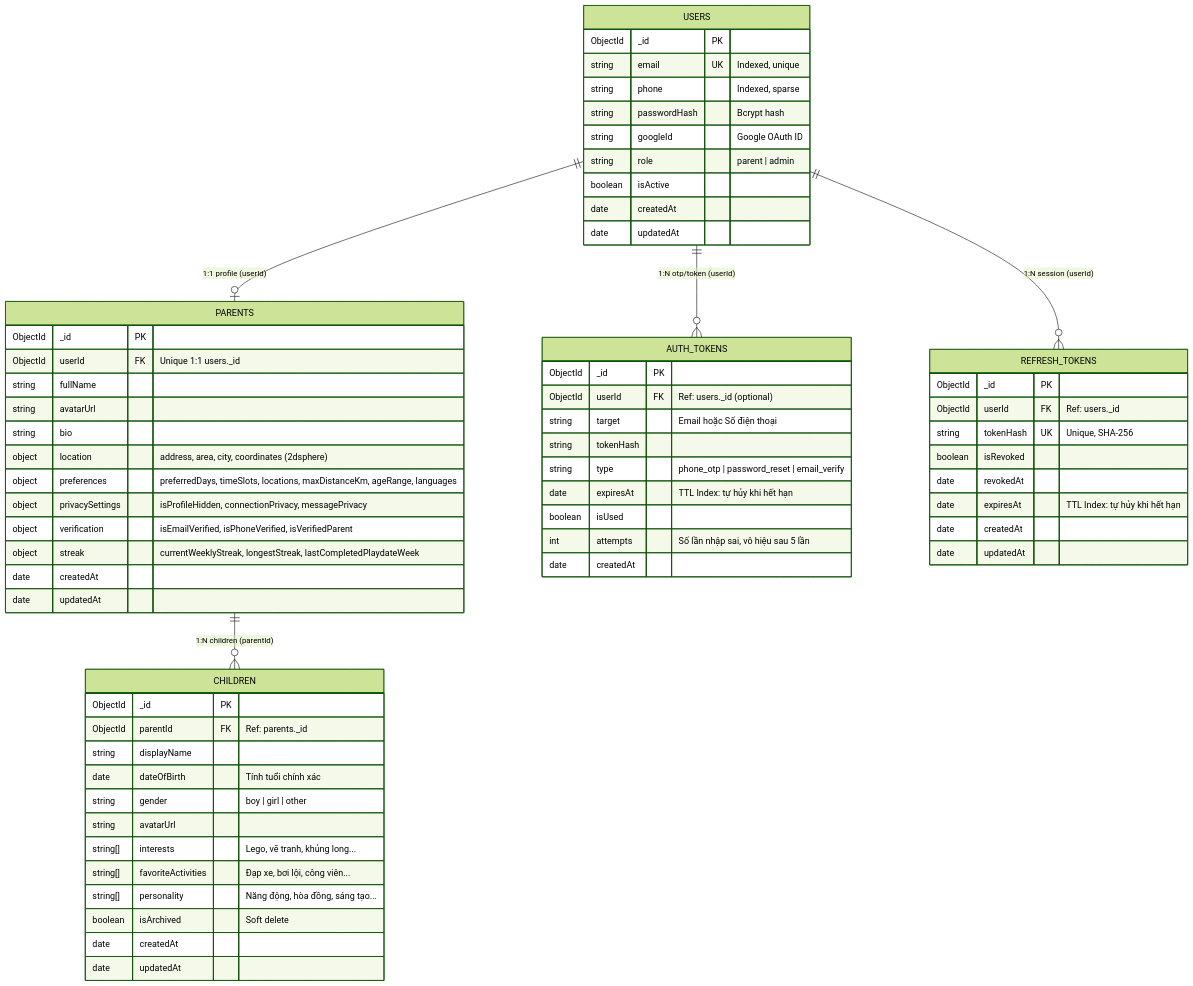
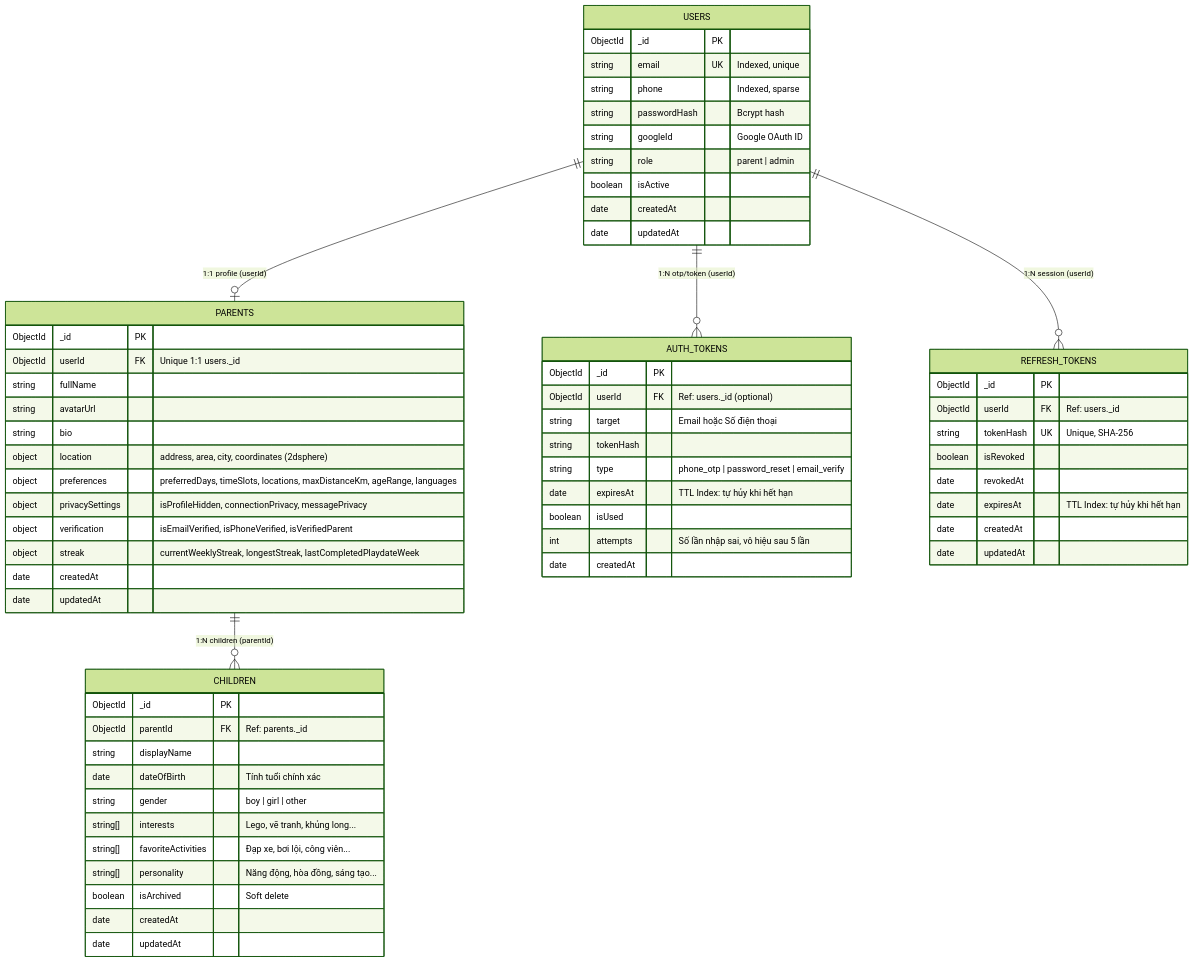
One commit to BuddyLink-Team/Back-End changed the second of 8 diagrams in docs/DATABASE_SCHEMA.md. Above: the diagram before and after it, drawn with Mermaid (forest theme). The commit also changed other lines of this file and 18 other files, not shown here.

````diff
--- a/docs/DATABASE_SCHEMA.md
+++ b/docs/DATABASE_SCHEMA.md
@@ -118,72 +118,71 @@
 ```mermaid
 erDiagram
     USERS ||--o| PARENTS : "1:1 profile (userId)"
     USERS ||--o{ AUTH_TOKENS : "1:N otp/token (userId)"
     USERS ||--o{ REFRESH_TOKENS : "1:N session (userId)"
     PARENTS ||--o{ CHILDREN : "1:N children (parentId)"
 
     USERS {
         ObjectId _id PK
         string email UK "Indexed, unique"
         string phone "Indexed, sparse"
         string passwordHash "Bcrypt hash"
         string googleId "Google OAuth ID"
         string role "parent | admin"
         boolean isActive
         date createdAt
         date updatedAt
     }
 
     PARENTS {
         ObjectId _id PK
         ObjectId userId FK "Unique 1:1 users._id"
         string fullName
         string avatarUrl
         string bio
         object location "address, area, city, coordinates (2dsphere)"
         object preferences "preferredDays, timeSlots, locations, maxDistanceKm, ageRange, languages"
         object privacySettings "isProfileHidden, connectionPrivacy, messagePrivacy"
         object verification "isEmailVerified, isPhoneVerified, isVerifiedParent"
         object streak "currentWeeklyStreak, longestStreak, lastCompletedPlaydateWeek"
         date createdAt
         date updatedAt
     }
 
     CHILDREN {
         ObjectId _id PK
         ObjectId parentId FK "Ref: parents._id"
         string displayName
         date dateOfBirth "Tính tuổi chính xác"
         string gender "boy | girl | other"
-        string avatarUrl
         string[] interests "Lego, vẽ tranh, khủng long..."
         string[] favoriteActivities "Đạp xe, bơi lội, công viên..."
         string[] personality "Năng động, hòa đồng, sáng tạo..."
         boolean isArchived "Soft delete"
         date createdAt
         date updatedAt
     }
 
     AUTH_TOKENS {
         ObjectId _id PK
         ObjectId userId FK "Ref: users._id (optional)"
         string target "Email hoặc Số điện thoại"
         string tokenHash
         string type "phone_otp | password_reset | email_verify"
         date expiresAt "TTL Index: tự hủy khi hết hạn"
         boolean isUsed
         int attempts "Số lần nhập sai, vô hiệu sau 5 lần"
         date createdAt
     }
 
     REFRESH_TOKENS {
         ObjectId _id PK
         ObjectId userId FK "Ref: users._id"
         string tokenHash UK "Unique, SHA-256"
         boolean isRevoked
         date revokedAt
         date expiresAt "TTL Index: tự hủy khi hết hạn"
         date createdAt
         date updatedAt
     }
 ```
````
